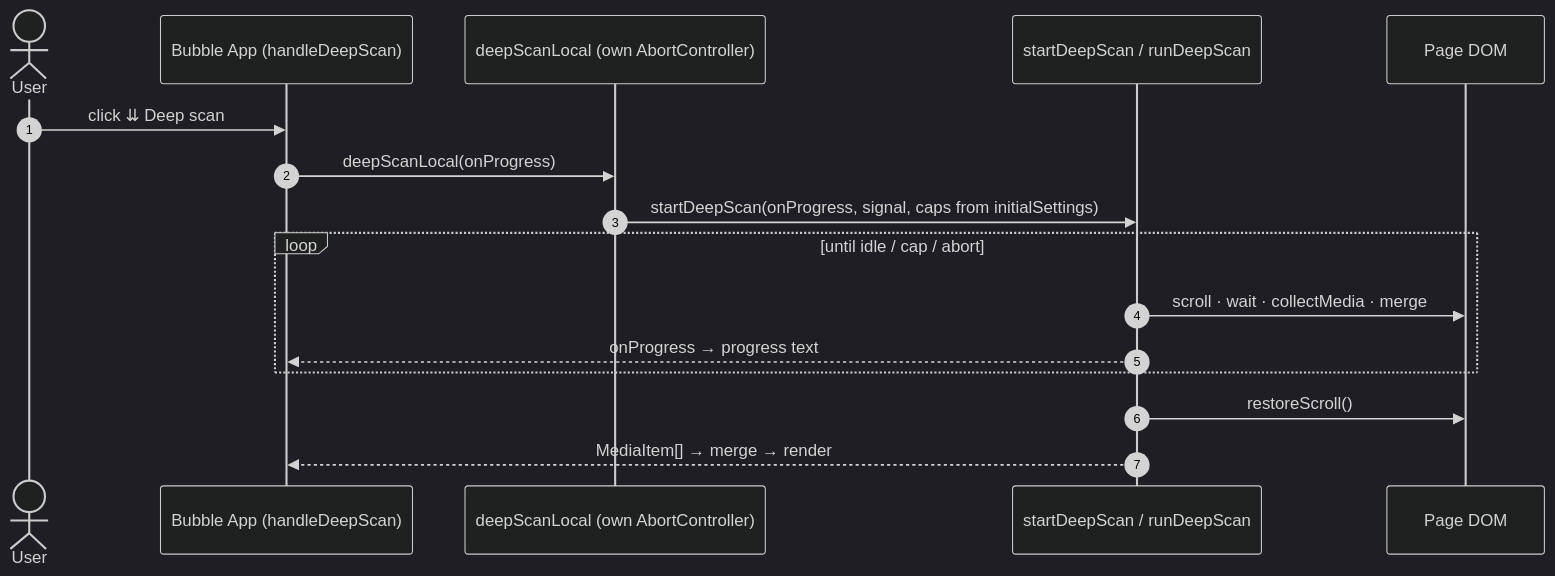
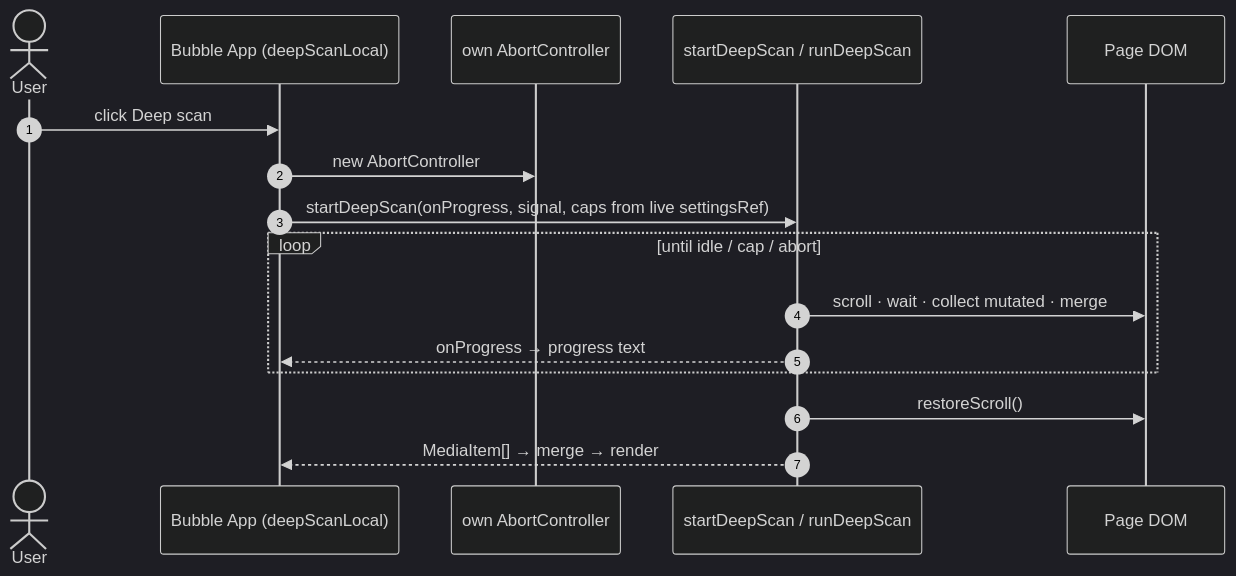
One commit to mralaminahamed/media-bulk-downloads changed the second of 3 diagrams in docs/guides/deep-scan.md. Above: the diagram before and after it, drawn with Mermaid (dark theme). The commit also changed other lines of this file and 2 other files, not shown here.

First line of the commit message:
docs(guides): rewrite download-paths, bubble, deep-scan (verified vs code)

````diff
--- a/docs/guides/deep-scan.md
+++ b/docs/guides/deep-scan.md
@@ -53,19 +54,19 @@
 ```mermaid
 sequenceDiagram
   autonumber
   actor U as User
-  participant B as Bubble App (handleDeepScan)
-  participant A as deepScanLocal (own AbortController)
+  participant B as Bubble App (deepScanLocal)
+  participant A as own AbortController
   participant R as startDeepScan / runDeepScan
   participant DOM as Page DOM
 
-  U->>B: click ⇊ Deep scan
-  B->>A: deepScanLocal(onProgress)
-  A->>R: startDeepScan(onProgress, signal, caps from initialSettings)
+  U->>B: click Deep scan
+  B->>A: new AbortController
+  B->>R: startDeepScan(onProgress, signal, caps from live settingsRef)
   loop until idle / cap / abort
-    R->>DOM: scroll · wait · collectMedia · merge
+    R->>DOM: scroll · wait · collect mutated · merge
     R-->>B: onProgress → progress text
   end
   R->>DOM: restoreScroll()
   R-->>B: MediaItem[] → merge → render
 ```
````
